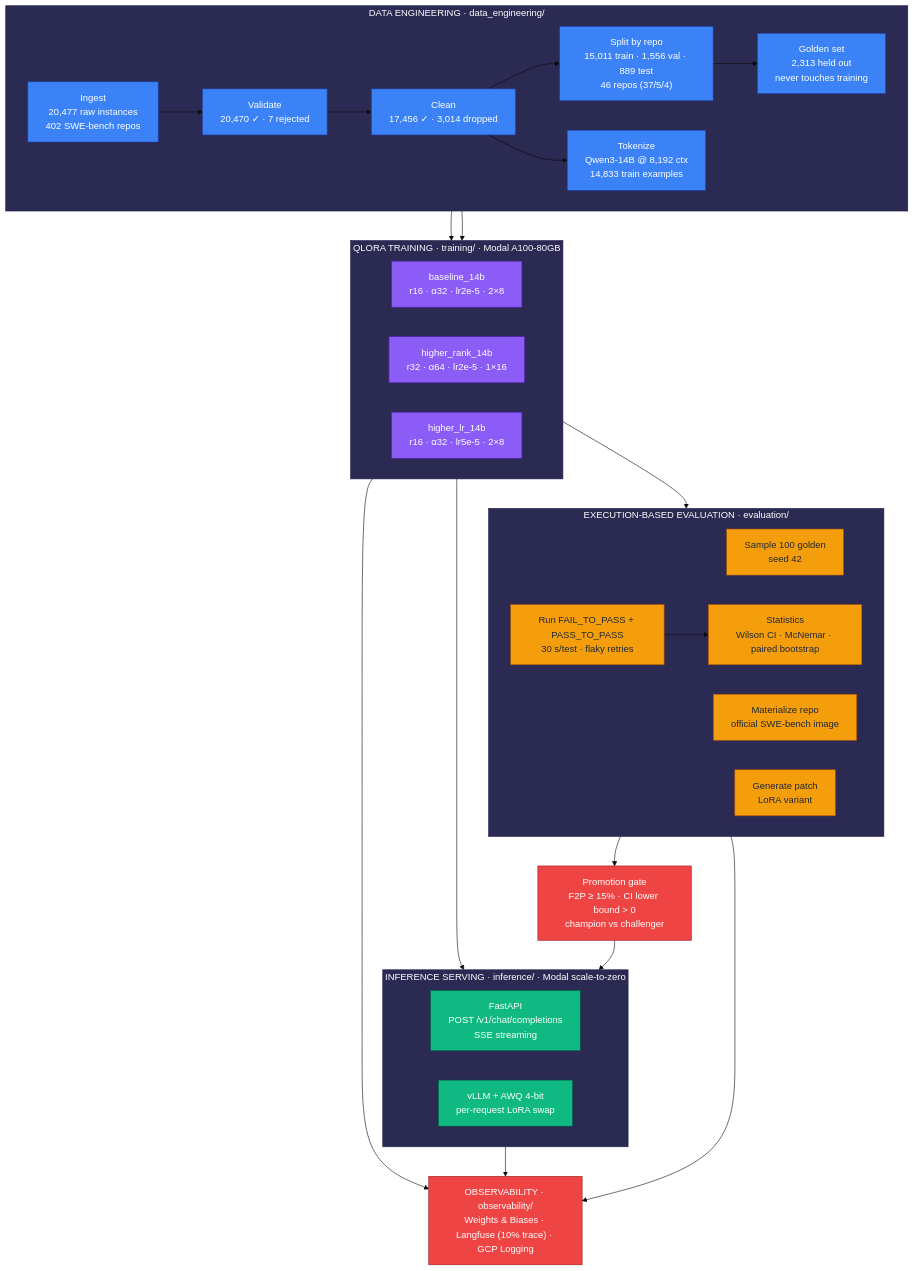
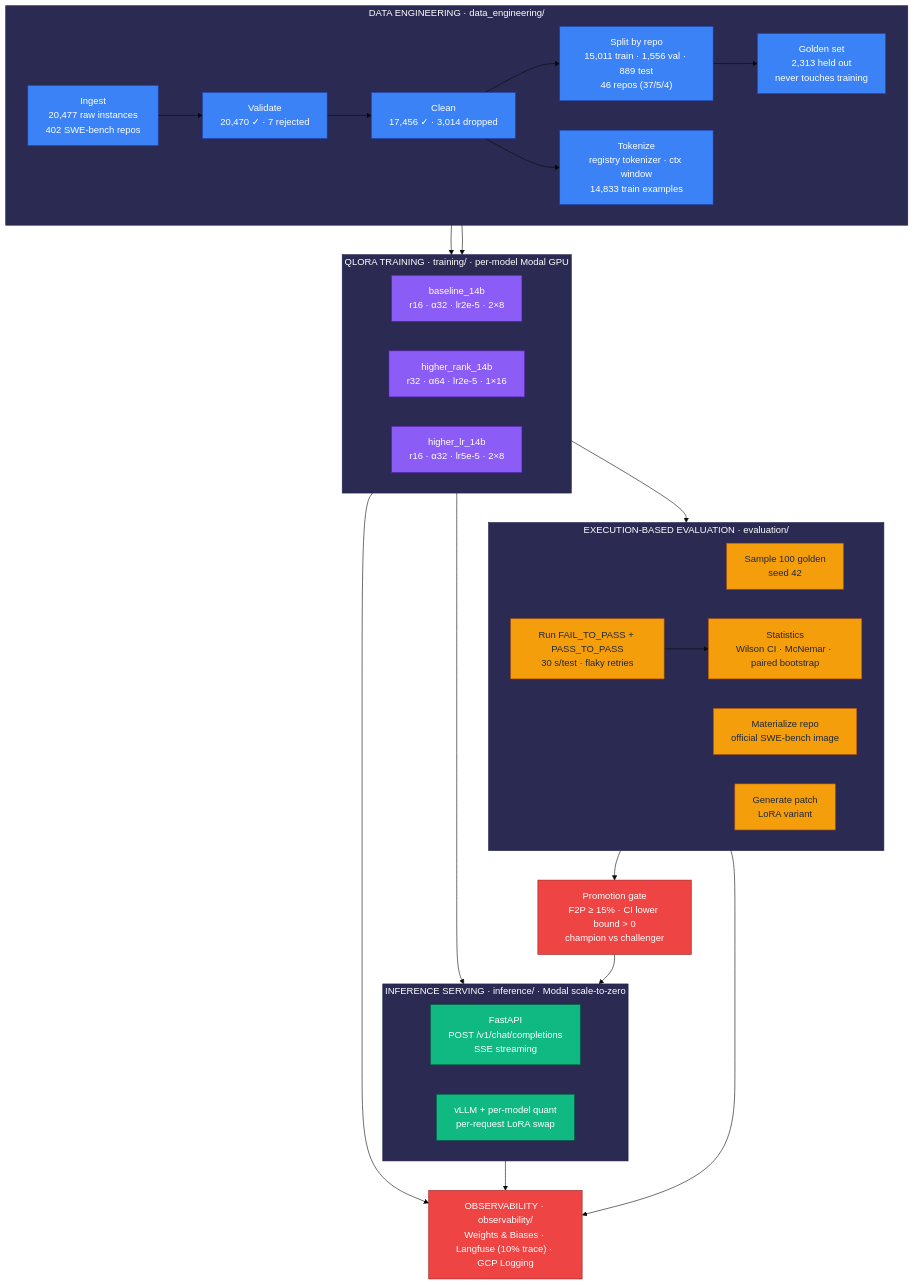
One commit to AhmedIkram05/SWE-Qwen changed the diagram in README.md. Above: the diagram before and after it, drawn with Mermaid (base theme). The commit also changed other lines of this file and 3 other files, not shown here.

````diff
--- a/README.md
+++ b/README.md
@@ -44,57 +44,57 @@
 ```mermaid
 flowchart TB
     subgraph DATA["DATA ENGINEERING · data_engineering/"]
         direction LR
         ING["Ingest<br/>20,477 raw instances<br/>402 SWE-bench repos"]
         VAL["Validate<br/>20,470 ✓ · 7 rejected"]
         CLEAN["Clean<br/>17,456 ✓ · 3,014 dropped"]
         SPLIT["Split by repo<br/>15,011 train · 1,556 val · 889 test<br/>46 repos (37/5/4)"]
         GOLD["Golden set<br/>2,313 held out<br/>never touches training"]
-        TOK["Tokenize<br/>Qwen3-14B @ 8,192 ctx<br/>14,833 train examples"]
+        TOK["Tokenize<br/>registry tokenizer · ctx window<br/>14,833 train examples"]
         ING --> VAL --> CLEAN --> SPLIT --> GOLD
         CLEAN --> TOK
     end
-    subgraph TRAIN["QLORA TRAINING · training/ · Modal A100-80GB"]
+    subgraph TRAIN["QLORA TRAINING · training/ · per-model Modal GPU"]
         direction LR
         BASE["baseline_14b<br/>r16 · α32 · lr2e-5 · 2×8"]
         RANK["higher_rank_14b<br/>r32 · α64 · lr2e-5 · 1×16"]
         LR["higher_lr_14b<br/>r16 · α32 · lr5e-5 · 2×8"]
     end
     subgraph EVAL["EXECUTION-BASED EVALUATION · evaluation/"]
         direction LR
         SAMPLE["Sample 100 golden<br/>seed 42"]
         DOCKER["Materialize repo<br/>official SWE-bench image"]
         PATCH["Generate patch<br/>LoRA variant"]
         TEST["Run FAIL_TO_PASS + PASS_TO_PASS<br/>30 s/test · flaky retries"]
         STATS["Statistics<br/>Wilson CI · McNemar · paired bootstrap"]
         TEST --> STATS
     end
     subgraph SERVE["INFERENCE SERVING · inference/ · Modal scale-to-zero"]
         direction LR
         API["FastAPI<br/>POST /v1/chat/completions<br/>SSE streaming"]
-        VLLM["vLLM + AWQ 4-bit<br/>per-request LoRA swap"]
+        VLLM["vLLM + per-model quant<br/>per-request LoRA swap"]
     end
     OBS["OBSERVABILITY · observability/<br/>Weights & Biases · Langfuse (10% trace) · GCP Logging"]
     DATA --> TRAIN
     TOK --> TRAIN
     TRAIN --> SAMPLE
     TRAIN --> API
     EVAL --> PROMO1["Promotion gate<br/>F2P ≥ 15% · CI lower bound > 0<br/>champion vs challenger"]
     PROMO1 --> API
     API --> OBS
     EVAL --> OBS
     TRAIN --> OBS
 
     classDef src fill:#2a2a52,color:#fff,stroke:#1e1e4f
     classDef proc fill:#3b82f6,color:#fff,stroke:#1e40af
     classDef ml fill:#8b5cf6,color:#fff,stroke:#5b21b6
     classDef evl fill:#f59e0b,color:#1f2937,stroke:#b45309
     classDef srv fill:#10b981,color:#fff,stroke:#065f46
     classDef obs fill:#ef4444,color:#fff,stroke:#991b1b
     class ING,VAL,CLEAN,SPLIT,GOLD,TOK proc
     class BASE,RANK,LR ml
     class SAMPLE,DOCKER,PATCH,TEST,STATS evl
     class API,VLLM srv
     class OBS,PROMO1 obs
     class DATA,TRAIN,EVAL,SERVE src
 ```
````
